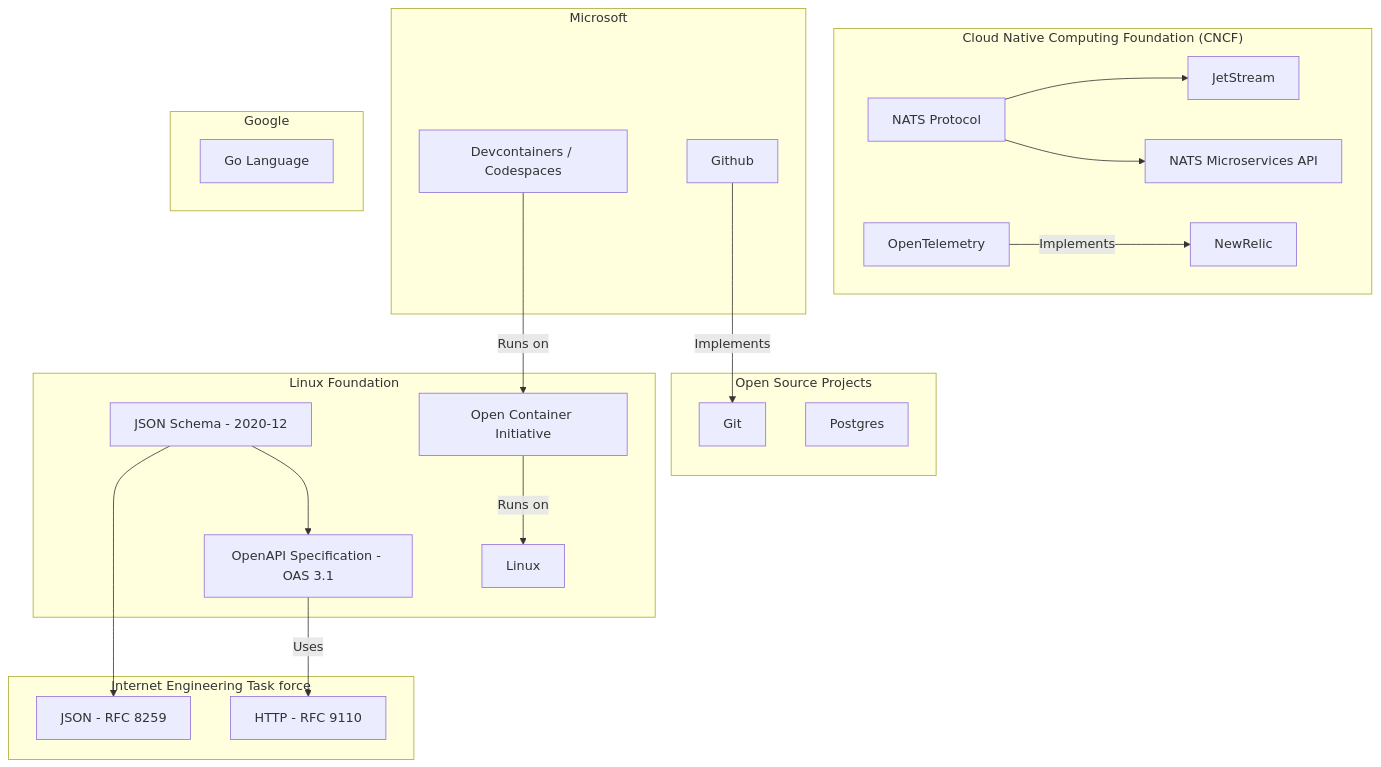
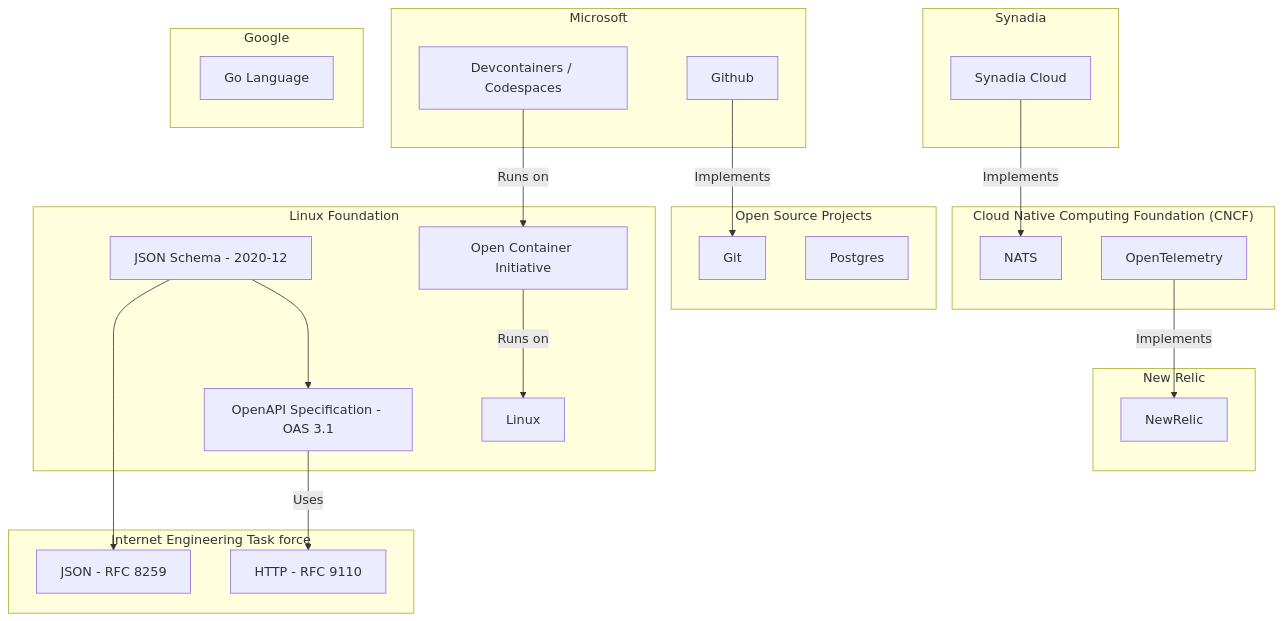
One commit to davidoram/beaker changed the second of 2 diagrams in docs/architecture.md. Above: the diagram before and after it, drawn with Mermaid. The commit also changed other lines of this file and 1 other file, not shown here.

Commit message:
Finished session 2

````diff
--- a/docs/architecture.md
+++ b/docs/architecture.md
@@ -90,52 +89,56 @@
 ```mermaid
 graph TD
   %% Organizations
   subgraph CNCF["Cloud Native Computing Foundation (CNCF)"]
-    NATS[NATS Protocol]
-    JetStream[JetStream]
-    NATSService[NATS Microservices API]
+    NATS[NATS]
     OpenTelemetry[OpenTelemetry]
+  end
+
+  subgraph Synadia["Synadia"]
+    SynadiaCloud[Synadia Cloud]
+  end
+
+  subgraph NewRelicCo["New Relic"]
     NewRelic[NewRelic]
   end
 
   subgraph MS["Microsoft"]
     Devcontainers[Devcontainers / Codespaces]
     Github
   end
 
   subgraph GPL["Open Source Projects"]
     Git
     Postgres
   end
 
   subgraph Google["Google"]
     Go[Go Language]
   end
 
   subgraph IETF["Internet Engineering Task force"]
     HTTP[HTTP - RFC 9110]
     JSON[JSON - RFC 8259]
   end
   %% Other technologies
   subgraph LinuxF["Linux Foundation"]
     JSONSchema[JSON Schema - 2020-12]
     OpenAPI[OpenAPI Specification - OAS 3.1]
     Linux
     OCI[Open Container Initiative]
   end
   
   %% Connections
   JSONSchema --> JSON
   JSONSchema --> OpenAPI
   OpenAPI -->|Uses| HTTP
 
-  NATS --> JetStream
-  NATS --> NATSService
+  SynadiaCloud --> |Implements|NATS
  
   Github -->|Implements|Git
   Devcontainers -->|Runs on|OCI
   OCI -->|Runs on|Linux
 
   OpenTelemetry-->|Implements|NewRelic
 
 ```
````
